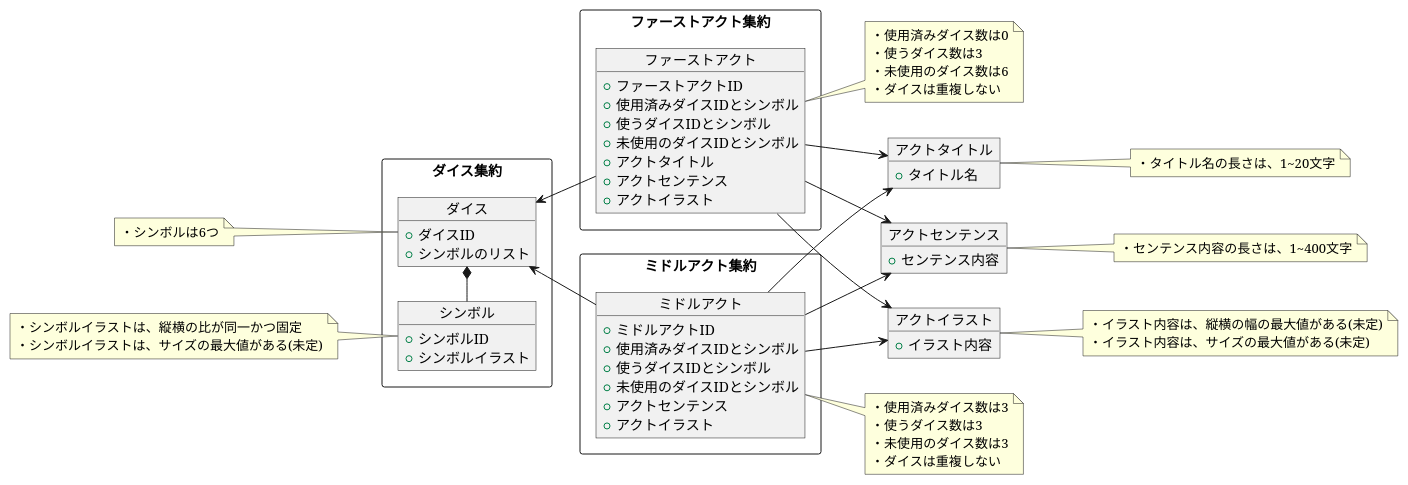
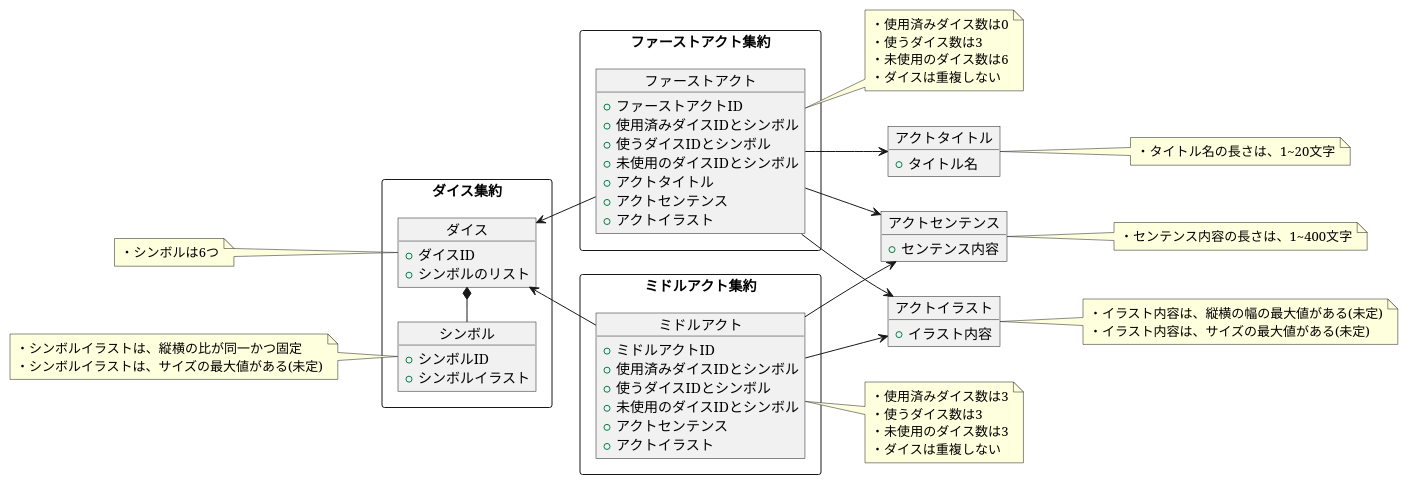
The diagram in documents/domainModel/Act.pu (kazurego7/StoryCubesWeb), drawn with PlantUML before and after one commit.

Commit message:
middleActにタイトルは含まない

```diff
--- a/documents/domainModel/Act.pu
+++ b/documents/domainModel/Act.pu
@@ -1,101 +1,100 @@
 @startuml FirstAct
 
 left to right direction
 
 rectangle ファーストアクト集約 {
     object ファーストアクト
 }
 
 object ファーストアクト {
     + ファーストアクトID
     + 使用済みダイスIDとシンボル
     + 使うダイスIDとシンボル
     + 未使用のダイスIDとシンボル
     + アクトタイトル
     + アクトセンテンス
     + アクトイラスト
 }
 
 note right of ファーストアクト
 ・使用済みダイス数は0
 ・使うダイス数は3
 ・未使用のダイス数は6
 ・ダイスは重複しない
 end note
 
 rectangle ミドルアクト集約 {
     object ミドルアクト
 }
 
 object ミドルアクト {
     + ミドルアクトID
     + 使用済みダイスIDとシンボル
     + 使うダイスIDとシンボル
     + 未使用のダイスIDとシンボル
     + アクトセンテンス
     + アクトイラスト
 }
 
 note right of ミドルアクト
 ・使用済みダイス数は3
 ・使うダイス数は3
 ・未使用のダイス数は3
 ・ダイスは重複しない
 end note
 
 object アクトタイトル {
     + タイトル名
 }
 ファーストアクト --> アクトタイトル
-ミドルアクト --> アクトタイトル
 note right of アクトタイトル
 ・タイトル名の長さは、1~20文字
 end note
 
 object アクトセンテンス {
     + センテンス内容
 }
 ファーストアクト --> アクトセンテンス
 ミドルアクト --> アクトセンテンス
 note right of アクトセンテンス
 ・センテンス内容の長さは、1~400文字
 end note
 
 object アクトイラスト {
     + イラスト内容
 }
 ファーストアクト --> アクトイラスト
 ミドルアクト --> アクトイラスト
 note right of アクトイラスト
 ・イラスト内容は、縦横の幅の最大値がある(未定)
 ・イラスト内容は、サイズの最大値がある(未定)
 end note
 
 rectangle ダイス集約 {
     object ダイス
     object シンボル
     ファーストアクト -up-> ダイス
     ミドルアクト -up-> ダイス
     シンボル -left-* ダイス
 }
 
 object ダイス {
     + ダイスID
     + シンボルのリスト
 }
 
 note left of ダイス 
 ・シンボルは6つ
 end note
 
 object シンボル {
     + シンボルID
     + シンボルイラスト
 }
 
 note left of シンボル
 ・シンボルイラストは、縦横の比が同一かつ固定
 ・シンボルイラストは、サイズの最大値がある(未定)
 end note
 
 @enduml
```
